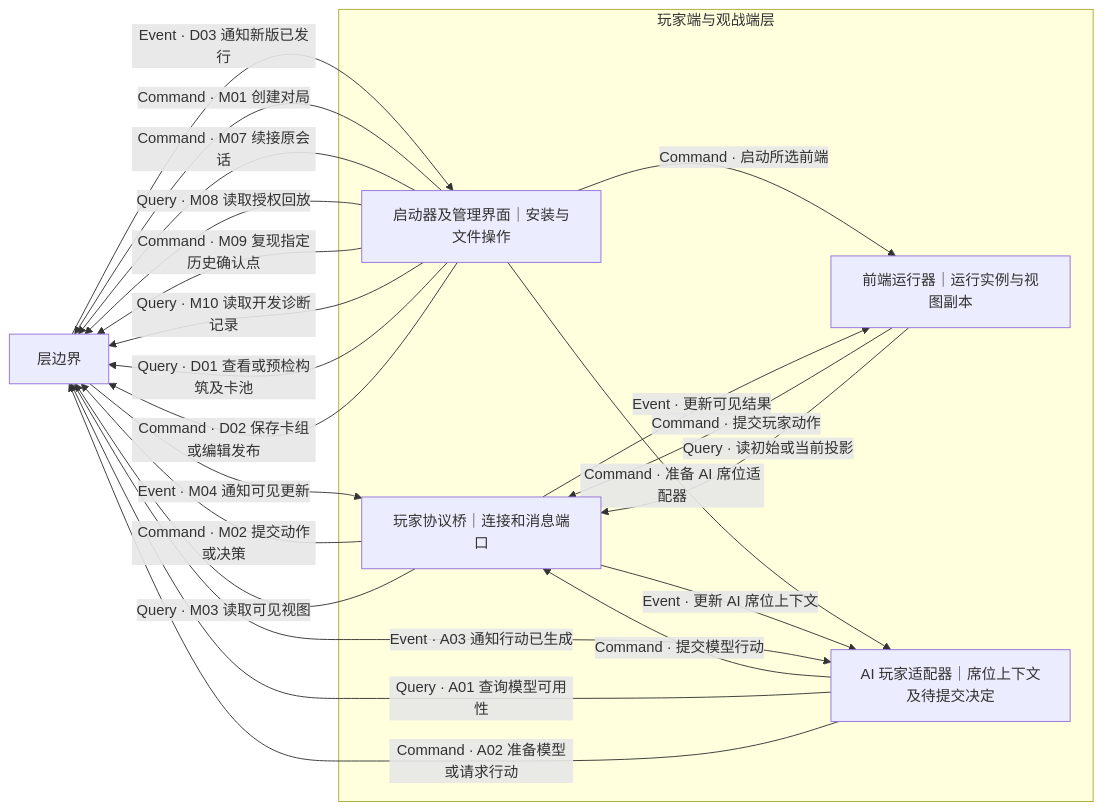
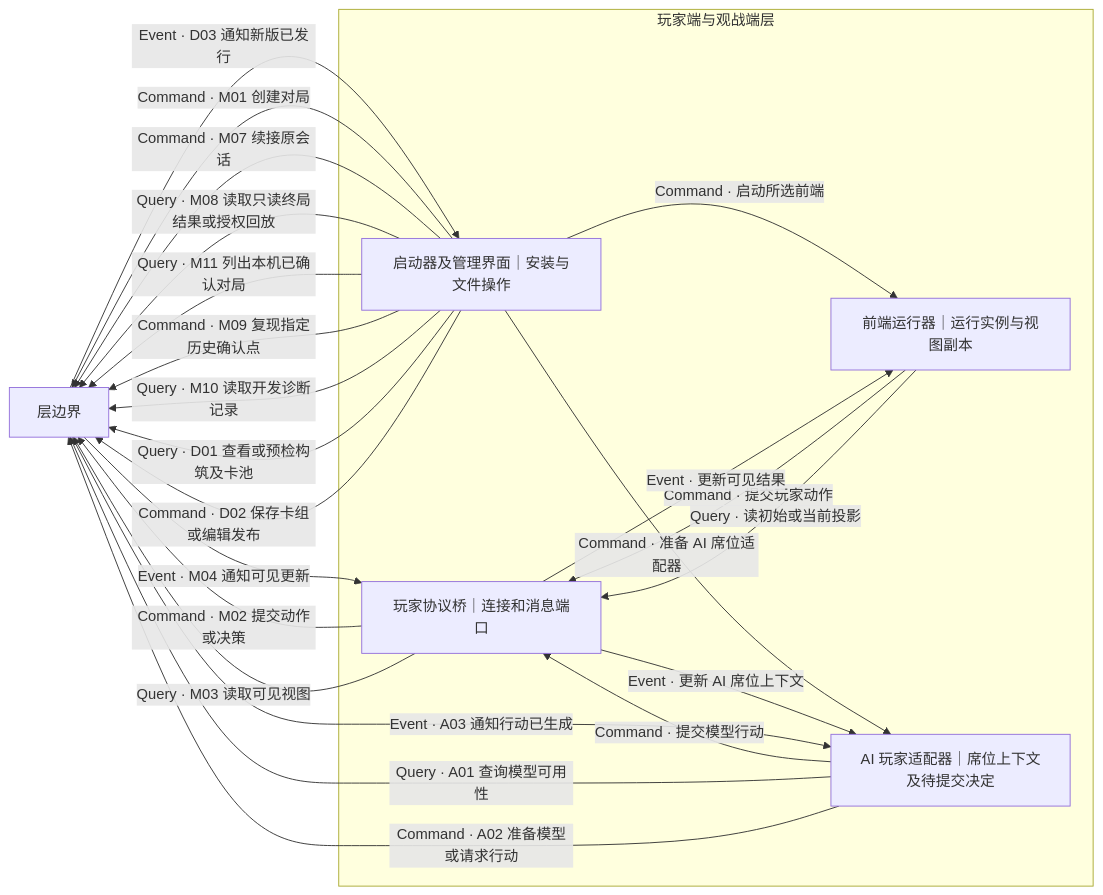
One commit to jigejiqiangshou/Critical-Provisional changed the second of 5 diagrams in specs/001-offline-game-refactor/contracts/layer-boundaries.md. Above: the diagram before and after it, drawn with Mermaid. The commit also changed other lines of this file and 10 other files, not shown here.

````diff
--- a/specs/001-offline-game-refactor/contracts/layer-boundaries.md
+++ b/specs/001-offline-game-refactor/contracts/layer-boundaries.md
@@ -34,31 +35,32 @@
 ```mermaid
 flowchart LR
   B["层边界"]
   subgraph C["玩家端与观战端层"]
     L["启动器及管理界面｜安装与文件操作"]
     F["前端运行器｜运行实例与视图副本"]
     P["玩家协议桥｜连接和消息端口"]
     I["AI 玩家适配器｜席位上下文及待提交决定"]
     L -->|"Command · 启动所选前端"| F
     L -->|"Command · 准备 AI 席位适配器"| I
     F -->|"Command · 提交玩家动作"| P
     F -->|"Query · 读初始或当前投影"| P
     P -->|"Event · 更新可见结果"| F
     I -->|"Command · 提交模型行动"| P
     P -->|"Event · 更新 AI 席位上下文"| I
   end
   L -->|"Command · M01 创建对局"| B
   L -->|"Command · M07 续接原会话"| B
-  L -->|"Query · M08 读取授权回放"| B
+  L -->|"Query · M08 读取只读终局结果或授权回放"| B
+  L -->|"Query · M11 列出本机已确认对局"| B
   L -->|"Command · M09 复现指定历史确认点"| B
   L -->|"Query · M10 读取开发诊断记录"| B
   P -->|"Command · M02 提交动作或决策"| B
   P -->|"Query · M03 读取可见视图"| B
   B -->|"Event · M04 通知可见更新"| P
   I -->|"Query · A01 查询模型可用性"| B
   I -->|"Command · A02 准备模型或请求行动"| B
   B -->|"Event · A03 通知行动已生成"| I
   L -->|"Query · D01 查看或预检构筑及卡池"| B
   L -->|"Command · D02 保存卡组或编辑发布"| B
   B -->|"Event · D03 通知新版已发行"| L
 ```
````
